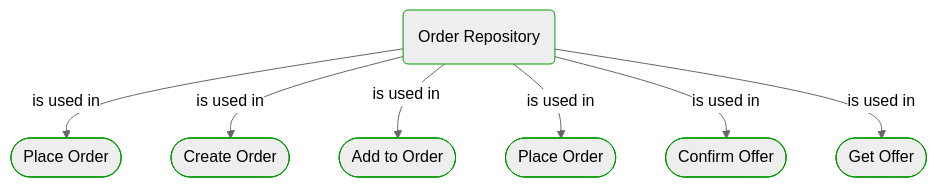
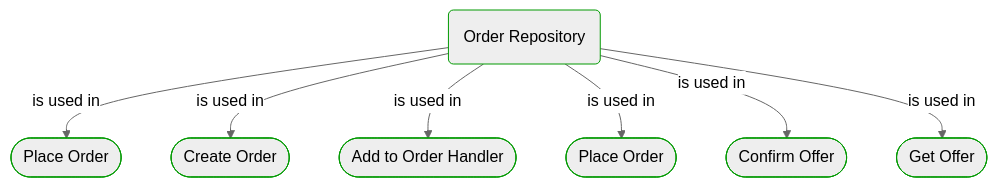
One commit to itlibrium/DDD-starter-dotnet changed the second of 2 diagrams in Docs/P3/MermaidOutput/Domain/Concepts/Sales/Orders/OrderRepository.md. Above: the diagram before and after it, drawn with Mermaid (neutral theme). The commit also changed other lines of this file and 89 other files, not shown here.

````diff
--- a/Docs/P3/MermaidOutput/Domain/Concepts/Sales/Orders/OrderRepository.md
+++ b/Docs/P3/MermaidOutput/Domain/Concepts/Sales/Orders/OrderRepository.md
@@ -67,26 +67,26 @@
 ```mermaid
   flowchart TB
     0(Order Repository)
     class 0 DomainPerspective
     1([Place Order])
     class 1 DomainPerspective
     0-->|is used in|1
     2([Create Order])
     class 2 DomainPerspective
     0-->|is used in|2
-    3([Add to Order])
+    3([Add to Order Handler])
     class 3 DomainPerspective
     0-->|is used in|3
     4([Place Order])
     class 4 DomainPerspective
     0-->|is used in|4
     5([Confirm Offer])
     class 5 DomainPerspective
     0-->|is used in|5
     6([Get Offer])
     class 6 DomainPerspective
     0-->|is used in|6
     classDef DomainPerspective stroke:#009900
     classDef TechnologyPerspective stroke:#1F41EB
     classDef PeoplePerspective stroke:#FFF014
 ```
````
